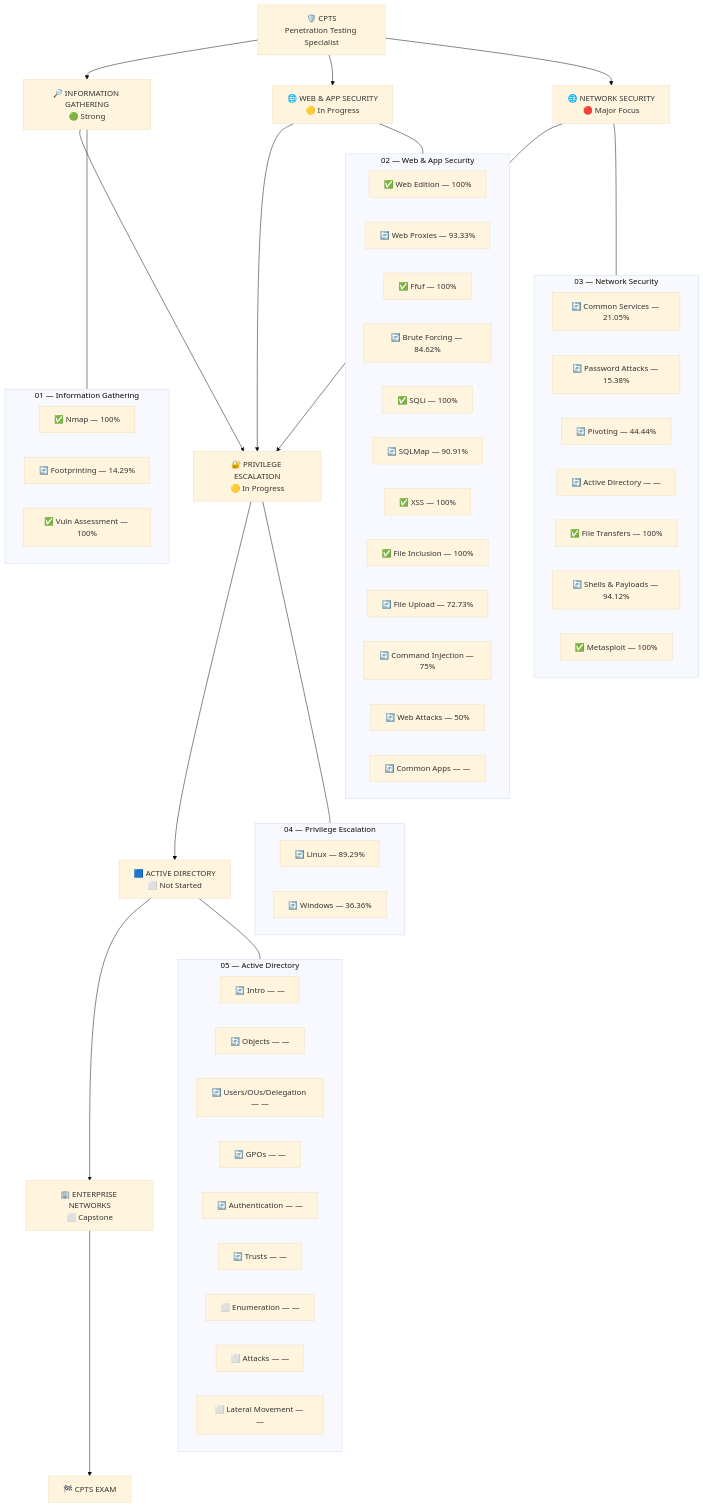
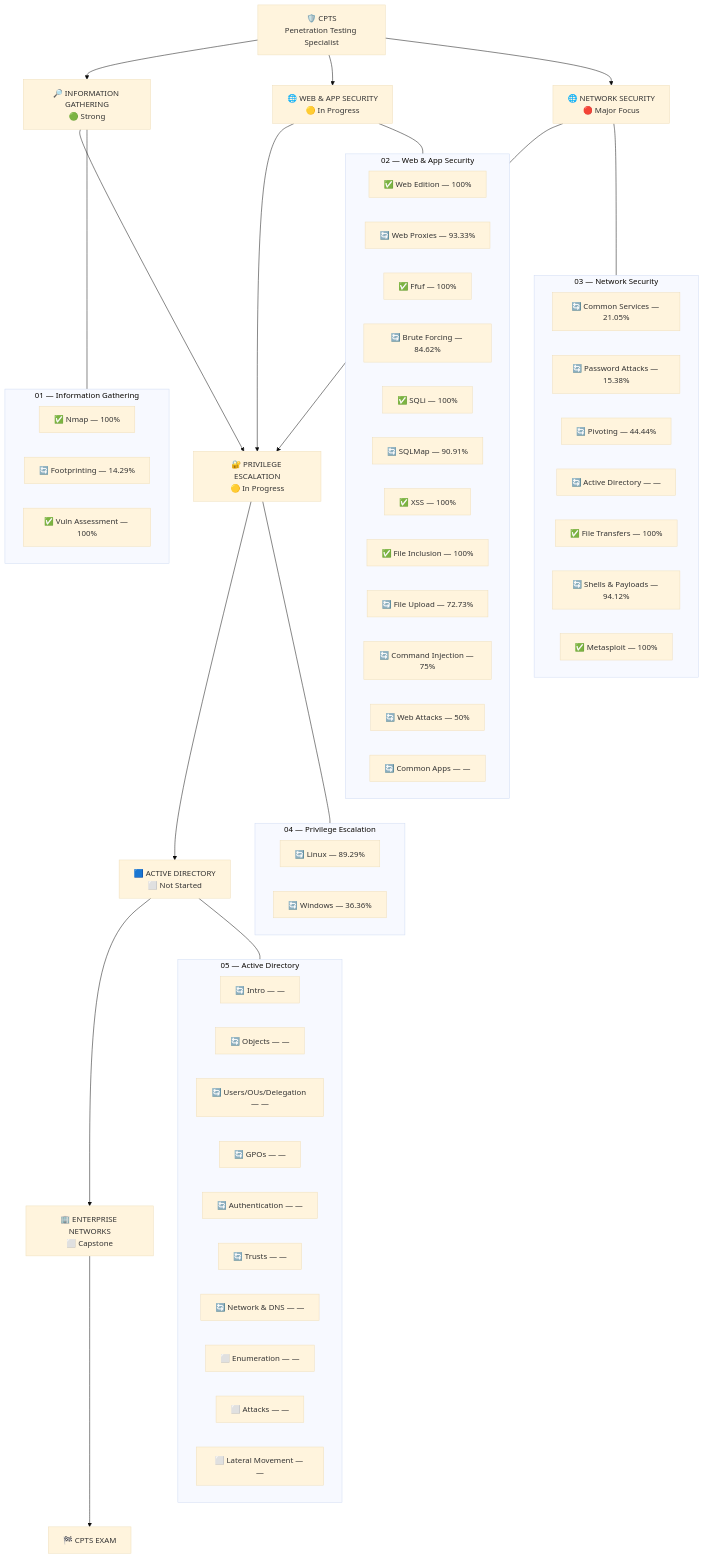
Before and after one commit to romeo-mhakayakora/CPTS: the diagram in README.md, drawn with Mermaid (base theme). The commit also changed other lines of this file and 5 other files, not shown here.

Commit message:
Add ad-basics network connection & DNS troubleshooting notes

```diff
--- a/README.md
+++ b/README.md
@@ -71,6 +71,7 @@
         ADGPO["🔄 GPOs — —"]
         ADAUTH["🔄 Authentication — —"]
         ADTRUST["🔄 Trusts — —"]
+        ADDNS["🔄 Network & DNS — —"]
         ADENUM["⬜ Enumeration — —"]
         ADATK["⬜ Attacks — —"]
         ADLAT["⬜ Lateral Movement — —"]
@@ -112,6 +113,7 @@
     click ADGPO href "./05-active-directory/ad-basics/group-policy-objects.md"
     click ADAUTH href "./05-active-directory/ad-basics/authentication-kerberos-netntlm.md"
     click ADTRUST href "./05-active-directory/ad-basics/trees-forests-trusts.md"
+    click ADDNS href "./05-active-directory/ad-basics/network-connection-dns.md"
     click ADENUM href "./05-active-directory/enumeration.md"
     click ADATK href "./05-active-directory/attacks.md"
     click ADLAT href "./05-active-directory/lateral-movement.md"
```
